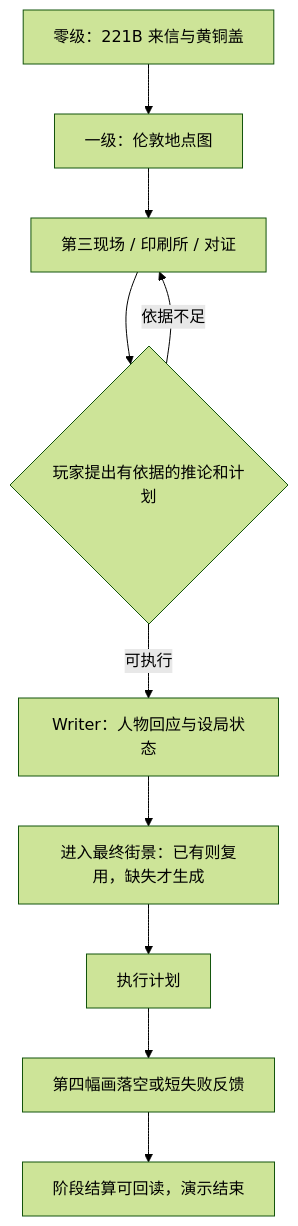
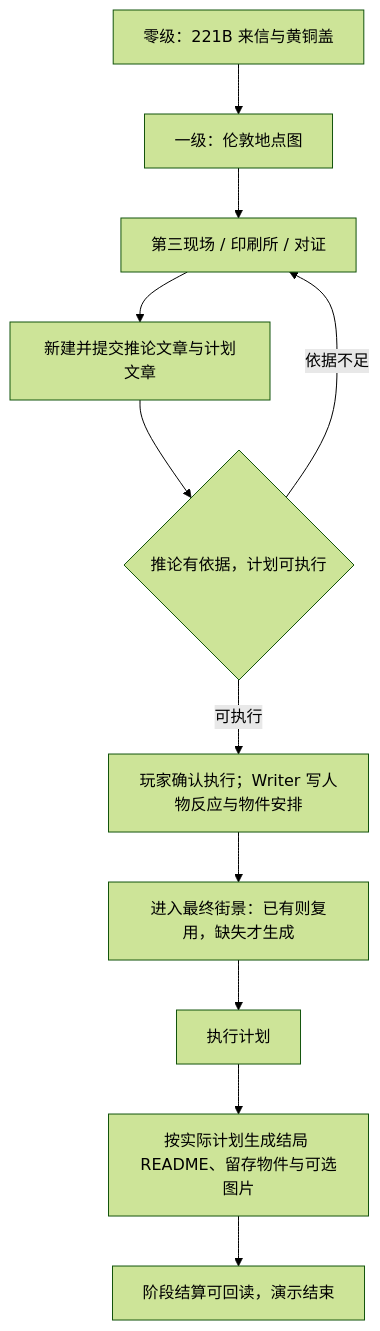
Before and after one commit to LudicDynamics/hackathon: the diagram in docs/福尔摩斯短闭环与AI生长验收.md, drawn with Mermaid (forest theme). The commit also changed other lines of this file and 11 other files, not shown here.

````diff
--- a/docs/福尔摩斯短闭环与AI生长验收.md
+++ b/docs/福尔摩斯短闭环与AI生长验收.md
@@ -18,12 +18,13 @@
 ```mermaid
 flowchart TD
     A[零级：221B 来信与黄铜盖] --> B[一级：伦敦地点图]
     B --> C[第三现场 / 印刷所 / 对证]
-    C --> D{玩家提出有依据的推论和计划}
+    C --> W[新建并提交推论文章与计划文章]
+    W --> D{推论有依据，计划可执行}
     D -->|依据不足| C
-    D -->|可执行| E[Writer：人物回应与设局状态]
+    D -->|可执行| E[玩家确认执行；Writer 写人物反应与物件安排]
     E --> F[进入最终街景：已有则复用，缺失才生成]
     F --> G[执行计划]
-    G --> H[第四幅画落空或短失败反馈]
+    G --> H[按实际计划生成结局 README、留存物件与可选图片]
     H --> I[阶段结算可回读，演示结束]
 ```
````
